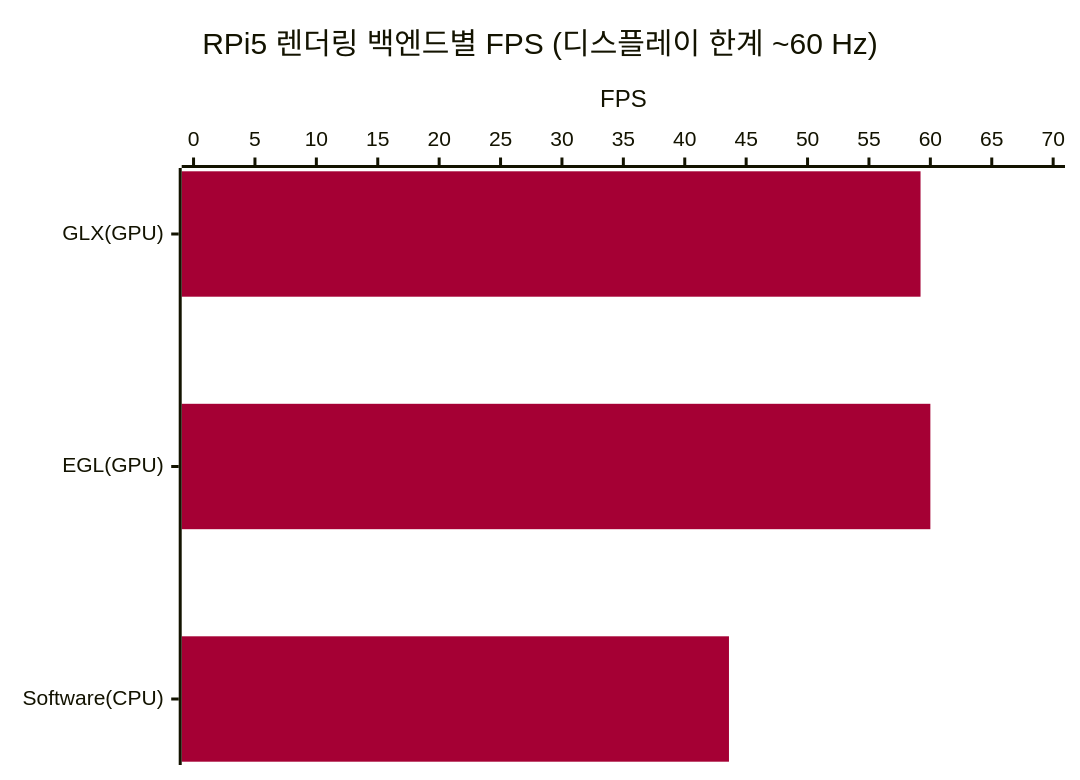
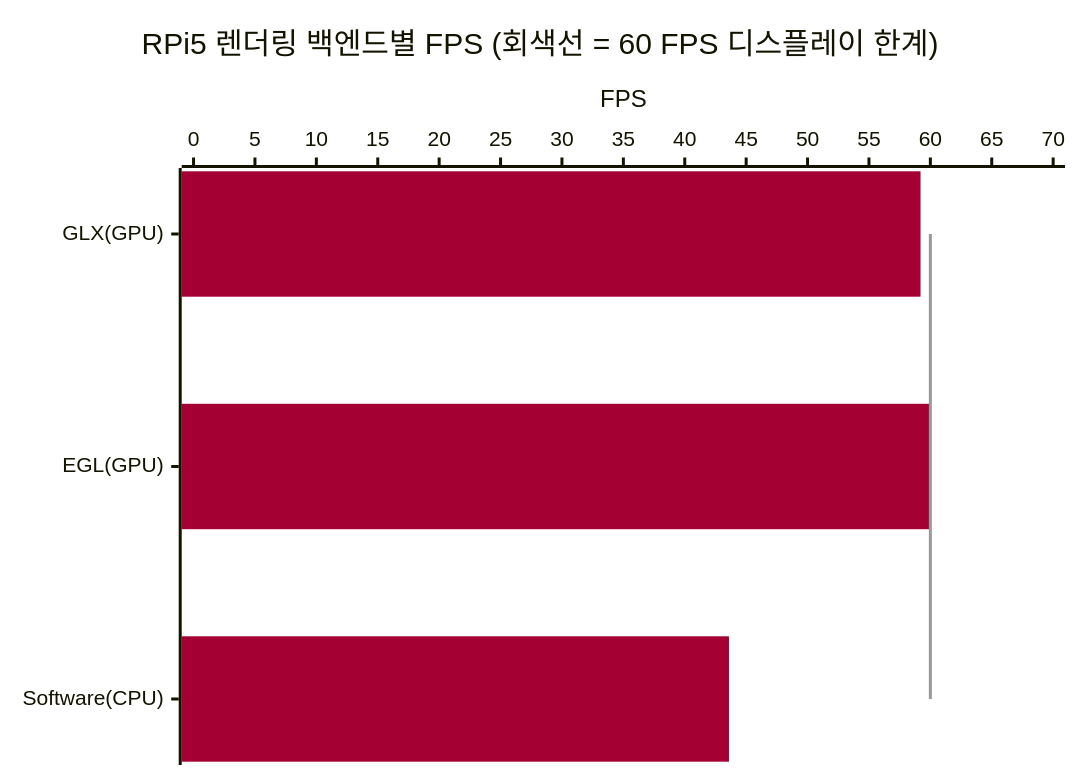
The first of 4 diagrams in Milestone/ko/4-Planned-Experiments.md (lgcmu2026-team5/TimeGrapher-Docs), drawn with Mermaid before and after one commit. The commit also changed other lines of this file and 1 other file, not shown here.

First line of the commit message:
docs(EXP-01/02/05): add gray reference lines to charts

````diff
--- a/Milestone/ko/4-Planned-Experiments.md
+++ b/Milestone/ko/4-Planned-Experiments.md
@@ -36,8 +36,9 @@
 ```mermaid
-%%{init: {"themeVariables": {"xyChart": {"plotColorPalette": "#A50034"}}}}%%
+%%{init: {"themeVariables": {"xyChart": {"plotColorPalette": "#A50034, #999999"}}}}%%
 xychart-beta horizontal
-    title "RPi5 렌더링 백엔드별 FPS (디스플레이 한계 ~60 Hz)"
+    title "RPi5 렌더링 백엔드별 FPS (회색선 = 60 FPS 디스플레이 한계)"
     x-axis ["GLX(GPU)", "EGL(GPU)", "Software(CPU)"]
     y-axis "FPS" 0 --> 70
     bar [59.2, 60.0, 43.6]
+    line [60, 60, 60]
 ```
````
